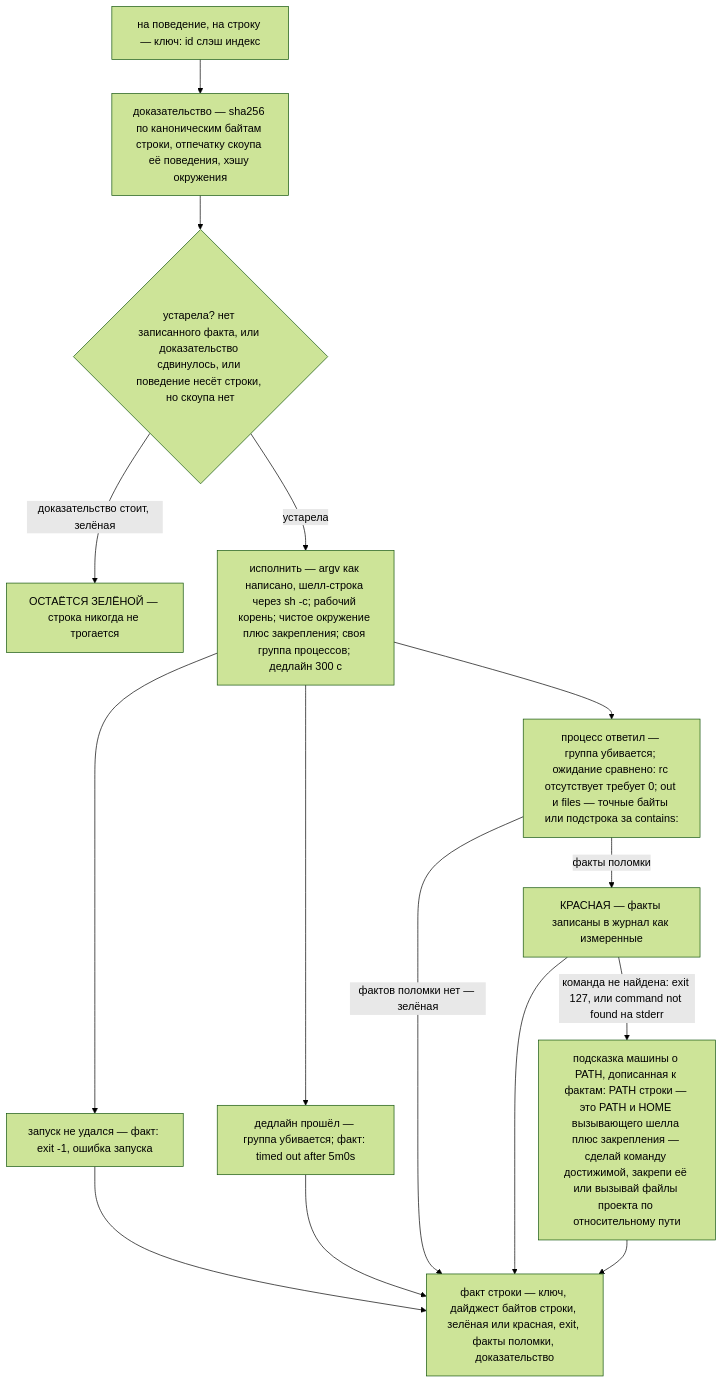
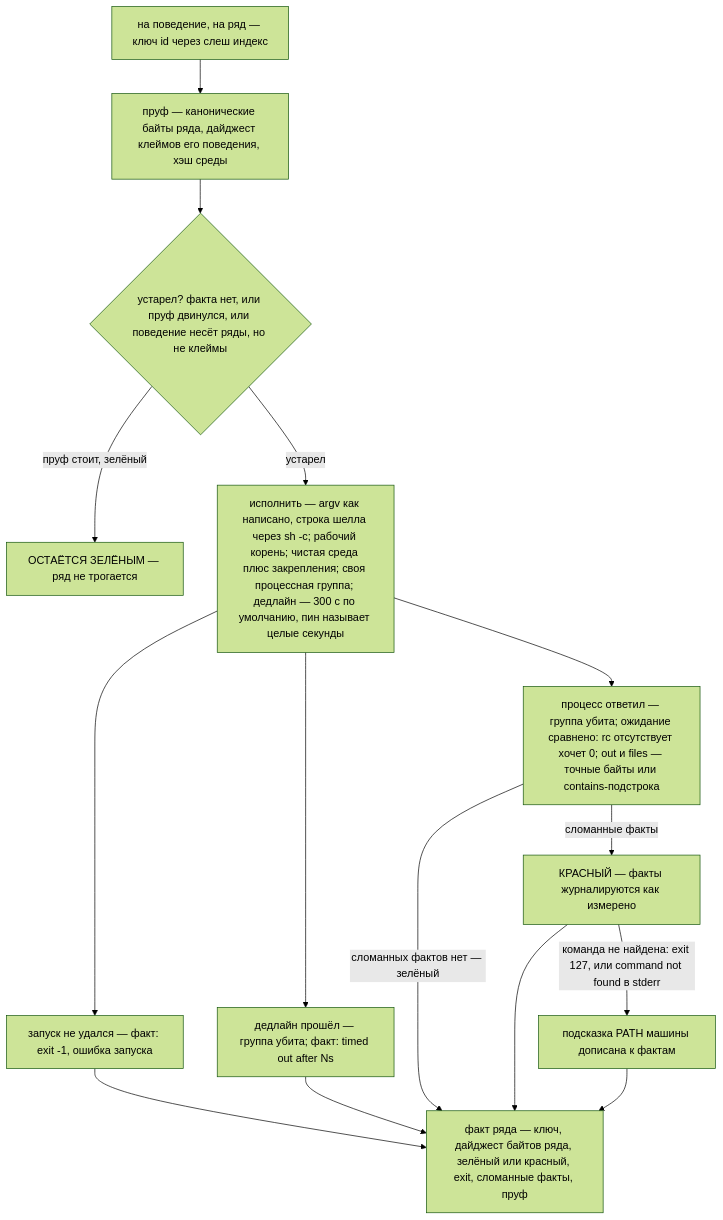
One commit to neurophant/punchtape changed the sixth of 9 diagrams in docs/ARCHITECTURE.ru.md. Above: the diagram before and after it, drawn with Mermaid (forest theme). The commit also changed other lines of this file and 80 other files, not shown here.

````diff
--- a/docs/ARCHITECTURE.ru.md
+++ b/docs/ARCHITECTURE.ru.md
@@ -400,17 +530,17 @@
 ```mermaid
 flowchart TD
-    K["на поведение, на строку — ключ: id слэш индекс"] --> P["доказательство — sha256 по каноническим байтам строки, отпечатку скоупа её поведения, хэшу окружения"]
-    P --> Q{"устарела? нет записанного факта, или доказательство сдвинулось, или поведение несёт строки, но скоупа нет"}
-    Q -- "доказательство стоит, зелёная" --> KG["ОСТАЁТСЯ ЗЕЛЁНОЙ — строка никогда не трогается"]
-    Q -- "устарела" --> EX["исполнить — argv как написано, шелл-строка через sh -c; рабочий корень; чистое окружение плюс закрепления; своя группа процессов; дедлайн 300 с"]
+    K["на поведение, на ряд — ключ id через слеш индекс"] --> P["пруф — канонические байты ряда, дайджест клеймов его поведения, хэш среды"]
+    P --> Q{"устарел? факта нет, или пруф двинулся, или поведение несёт ряды, но не клеймы"}
+    Q -- "пруф стоит, зелёный" --> KG["ОСТАЁТСЯ ЗЕЛЁНЫМ — ряд не трогается"]
+    Q -- "устарел" --> EX["исполнить — argv как написано, строка шелла через sh -c; рабочий корень; чистая среда плюс закрепления; своя процессная группа; дедлайн — 300 с по умолчанию, пин называет целые секунды"]
     EX --> O1["запуск не удался — факт: exit -1, ошибка запуска"]
-    EX --> O2["дедлайн прошёл — группа убивается; факт: timed out after 5m0s"]
-    EX --> O3["процесс ответил — группа убивается; ожидание сравнено: rc отсутствует требует 0; out и files — точные байты или подстрока за contains:"]
-    O1 --> F["факт строки — ключ, дайджест байтов строки, зелёная или красная, exit, факты поломки, доказательство"]
+    EX --> O2["дедлайн прошёл — группа убита; факт: timed out after Ns"]
+    EX --> O3["процесс ответил — группа убита; ожидание сравнено: rc отсутствует хочет 0; out и files — точные байты или contains-подстрока"]
+    O1 --> F["факт ряда — ключ, дайджест байтов ряда, зелёный или красный, exit, сломанные факты, пруф"]
     O2 --> F
-    O3 -- "фактов поломки нет — зелёная" --> F
-    O3 -- "факты поломки" --> RD["КРАСНАЯ — факты записаны в журнал как измеренные"]
+    O3 -- "сломанных фактов нет — зелёный" --> F
+    O3 -- "сломанные факты" --> RD["КРАСНЫЙ — факты журналируются как измерено"]
     RD --> F
-    RD -- "команда не найдена: exit 127, или command not found на stderr" --> HN["подсказка машины о PATH, дописанная к фактам: PATH строки — это PATH и HOME вызывающего шелла плюс закрепления — сделай команду достижимой, закрепи её или вызывай файлы проекта по относительному пути"]
+    RD -- "команда не найдена: exit 127, или command not found в stderr" --> HN["подсказка PATH машины дописана к фактам"]
     HN --> F
 ```
````
